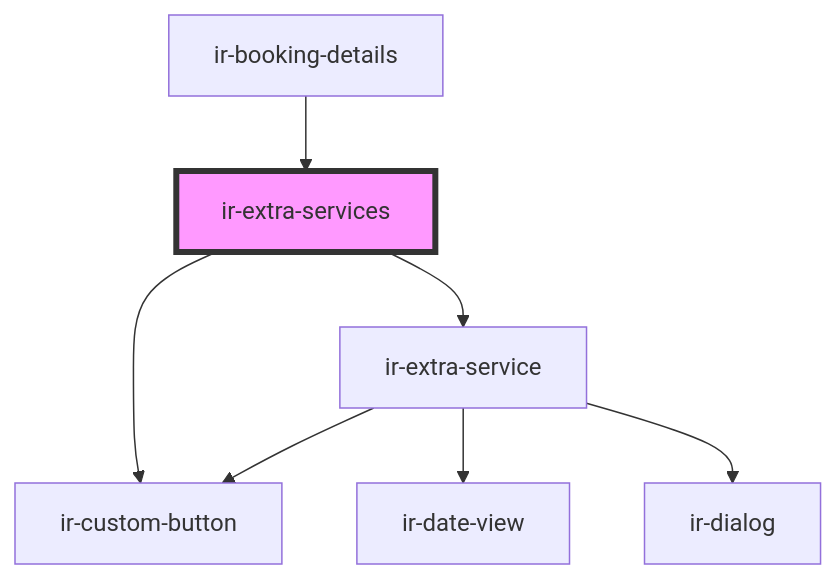
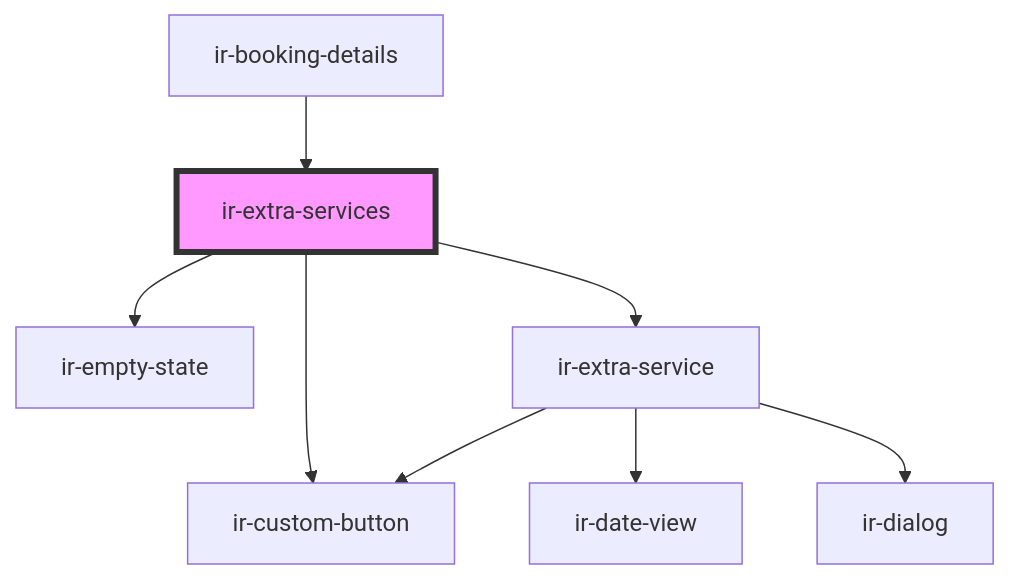
The diagram in src/components/ir-booking-details/ir-extra-services/readme.md (David1Chowaifaty/modified-ir-webcmp), drawn with Mermaid before and after one commit. The commit also changed other lines of this file and 20 other files, not shown here.

````diff
--- a/src/components/ir-booking-details/ir-extra-services/readme.md
+++ b/src/components/ir-booking-details/ir-extra-services/readme.md
@@ -27,10 +28,11 @@
 ```mermaid
 graph TD;
   ir-extra-services --> ir-custom-button
+  ir-extra-services --> ir-empty-state
   ir-extra-services --> ir-extra-service
   ir-extra-service --> ir-custom-button
   ir-extra-service --> ir-date-view
   ir-extra-service --> ir-dialog
   ir-booking-details --> ir-extra-services
   style ir-extra-services fill:#f9f,stroke:#333,stroke-width:4px
 ```
````
